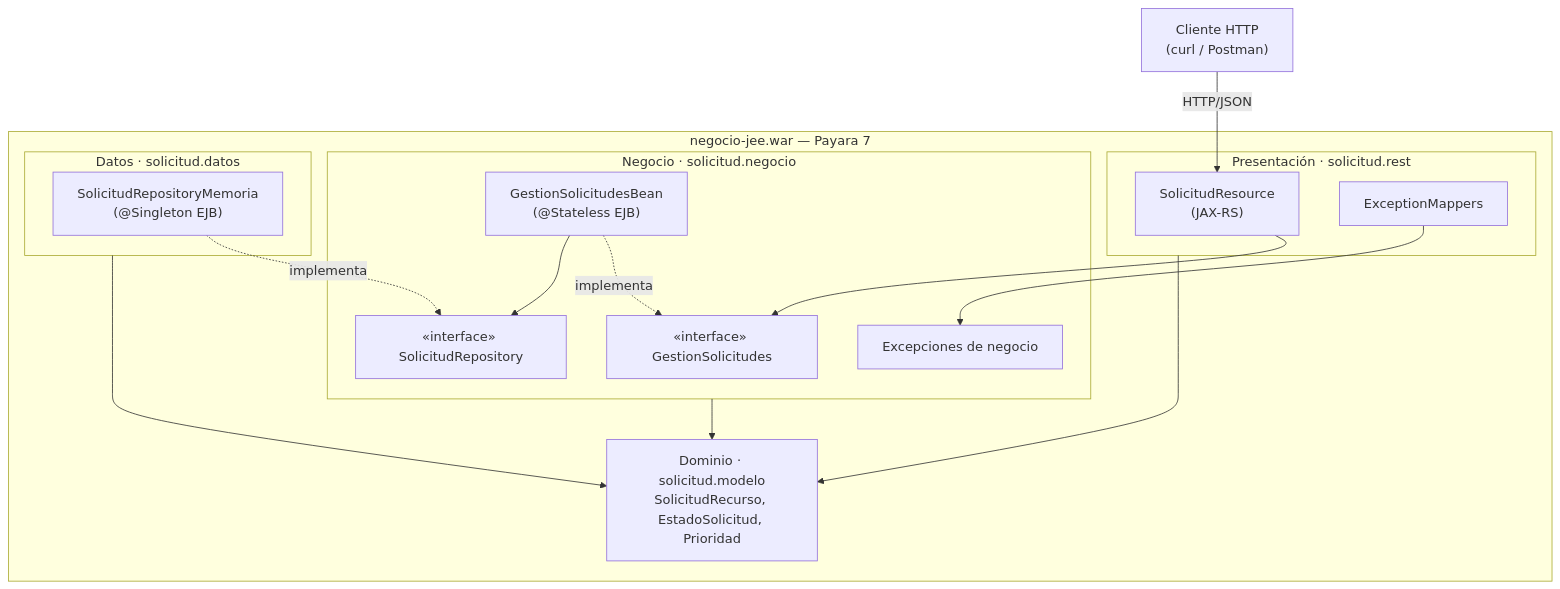
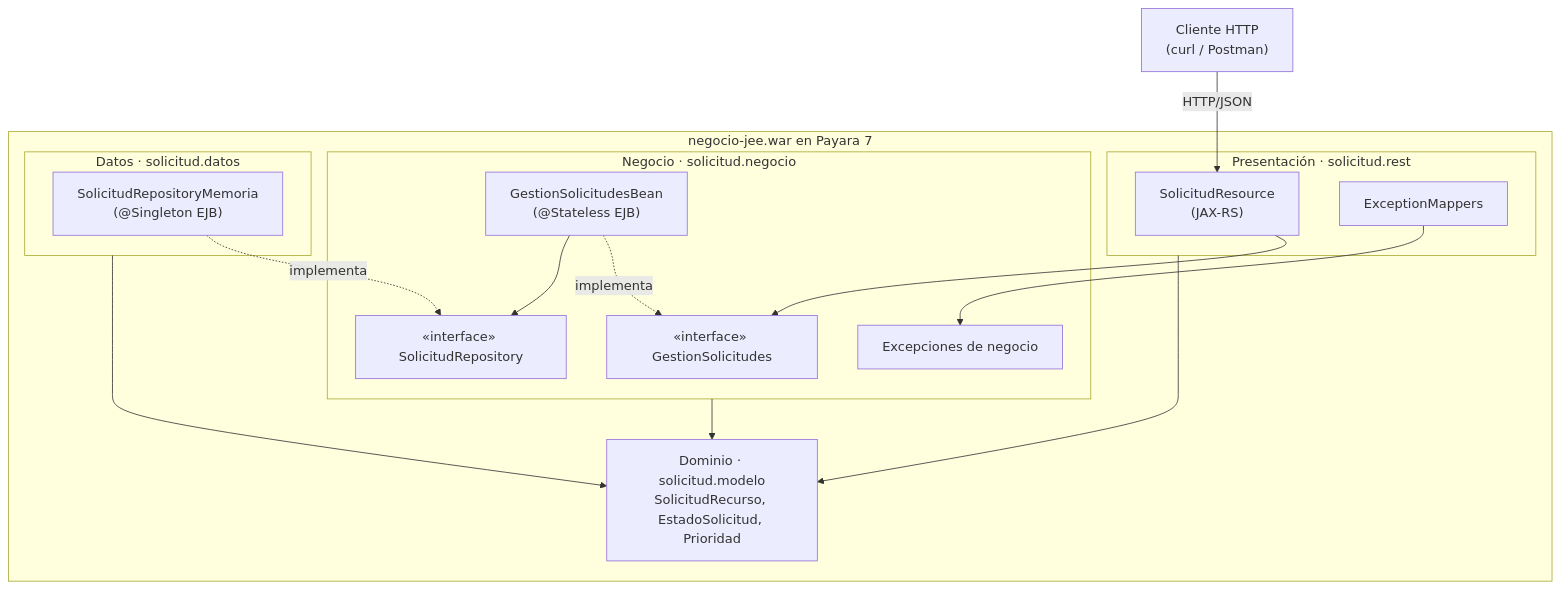
One commit to WitzhiD04/negocio-jee changed the second of 6 diagrams in docs/entrega/arquitectura.md. Above: the diagram before and after it, drawn with Mermaid. The commit also changed other lines of this file and 3 other files, not shown here.

````diff
--- a/docs/entrega/arquitectura.md
+++ b/docs/entrega/arquitectura.md
@@ -129,34 +129,34 @@
 ```mermaid
 flowchart TB
     cliente["Cliente HTTP<br/>(curl / Postman)"]
 
-    subgraph war["negocio-jee.war — Payara 7"]
+    subgraph war["negocio-jee.war en Payara 7"]
         subgraph rest["Presentación · solicitud.rest"]
             resource["SolicitudResource<br/>(JAX-RS)"]
             mappers["ExceptionMappers"]
         end
 
         subgraph negocio["Negocio · solicitud.negocio"]
             servicio["«interface» GestionSolicitudes"]
             bean["GestionSolicitudesBean<br/>(@Stateless EJB)"]
             puerto["«interface» SolicitudRepository"]
             excepciones["Excepciones de negocio"]
         end
 
         subgraph datos["Datos · solicitud.datos"]
             memoria["SolicitudRepositoryMemoria<br/>(@Singleton EJB)"]
         end
 
         modelo["Dominio · solicitud.modelo<br/>SolicitudRecurso, EstadoSolicitud, Prioridad"]
     end
 
     cliente -->|HTTP/JSON| resource
     resource --> servicio
     bean -.implementa.-> servicio
     bean --> puerto
     memoria -.implementa.-> puerto
     mappers --> excepciones
     rest --> modelo
     negocio --> modelo
     datos --> modelo
 ```
````
